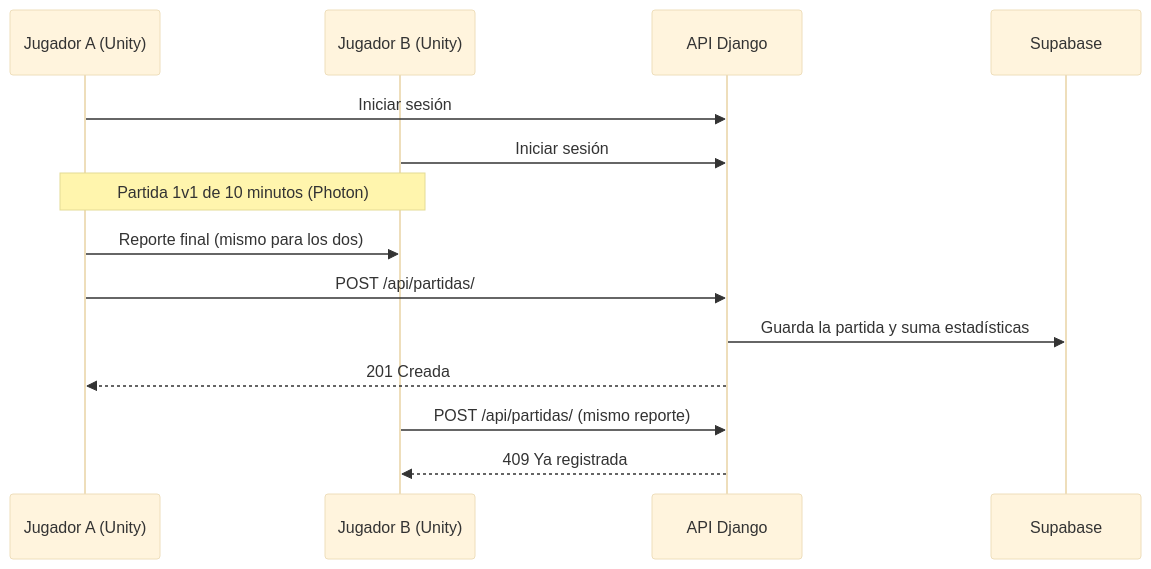
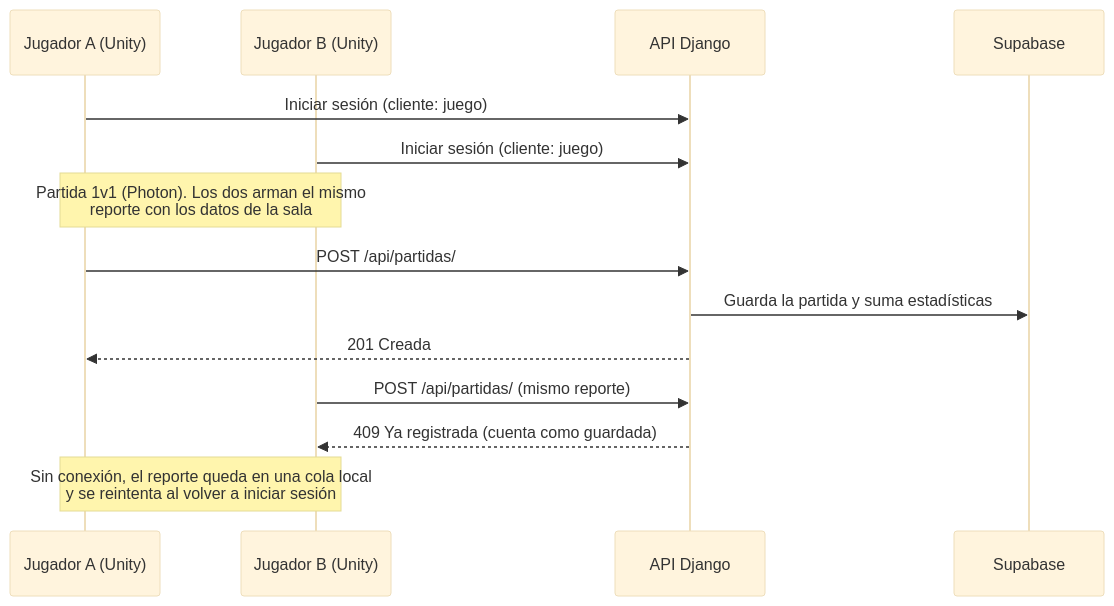
The sixth of 6 diagrams in README.md (StingerBlade/BEARSTARDS_PWA), drawn with Mermaid (base theme) before and after one commit. The commit also changed other lines of this file and 6 other files, not shown here.

````diff
--- a/README.md
+++ b/README.md
@@ -344,17 +362,17 @@
 ```mermaid
 sequenceDiagram
     participant A as Jugador A (Unity)
     participant B as Jugador B (Unity)
     participant API as API Django
     participant DB as Supabase
 
-    A->>API: Iniciar sesión
-    B->>API: Iniciar sesión
-    Note over A,B: Partida 1v1 de 10 minutos (Photon)
-    A->>B: Reporte final (mismo para los dos)
+    A->>API: Iniciar sesión (cliente: juego)
+    B->>API: Iniciar sesión (cliente: juego)
+    Note over A,B: Partida 1v1 (Photon). Los dos arman el mismo<br/>reporte con los datos de la sala
     A->>API: POST /api/partidas/
     API->>DB: Guarda la partida y suma estadísticas
     API-->>A: 201 Creada
     B->>API: POST /api/partidas/ (mismo reporte)
-    API-->>B: 409 Ya registrada
+    API-->>B: 409 Ya registrada (cuenta como guardada)
+    Note over A,B: Sin conexión, el reporte queda en una cola local<br/>y se reintenta al volver a iniciar sesión
 ```
````
